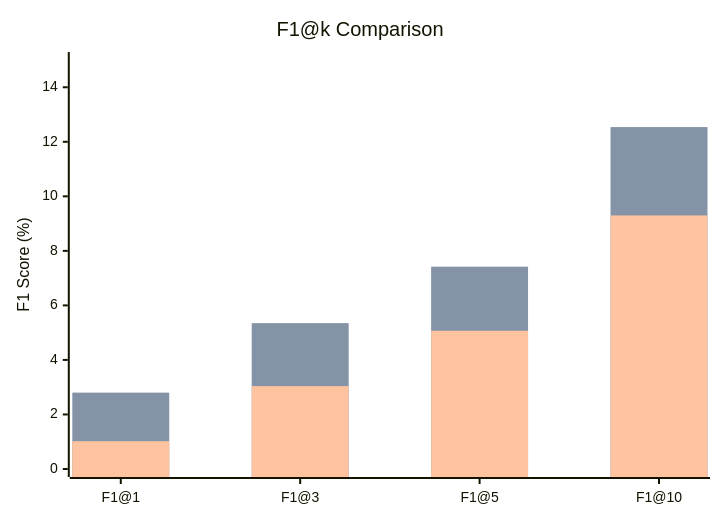
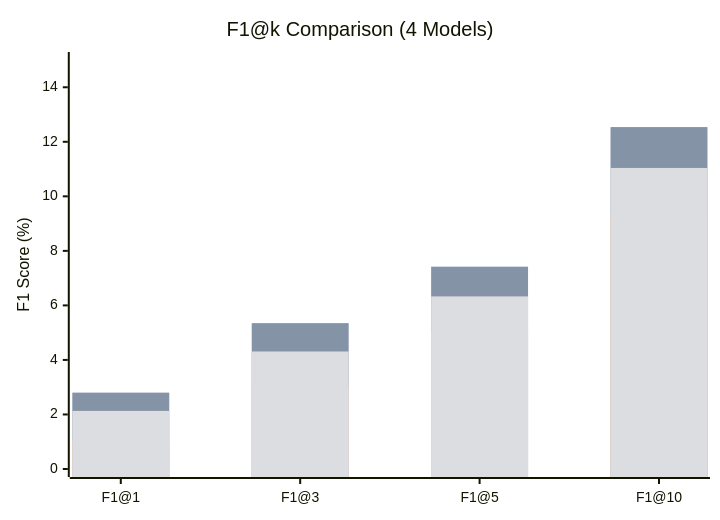
One commit to ursuswh-metamorphic/SDA_SecureDataAlliance changed the fifth of 11 diagrams in docs/DP_Evaluation_Report.md. Above: the diagram before and after it, drawn with Mermaid. The commit also changed other lines of this file and 2 other files, not shown here.

````diff
--- a/docs/DP_Evaluation_Report.md
+++ b/docs/DP_Evaluation_Report.md
@@ -136,9 +148,10 @@
 ```mermaid
 xychart-beta
-    title "F1@k Comparison"
+    title "F1@k Comparison (4 Models)"
     x-axis ["F1@1", "F1@3", "F1@5", "F1@10"]
     y-axis "F1 Score (%)" 0 --> 15
     bar [2.80, 5.30, 7.36, 12.44]
     bar [2.80, 5.35, 7.42, 12.54]
     bar [1.02, 3.04, 5.07, 9.30]
+    bar [2.13, 4.31, 6.33, 11.04]
 ```
````
